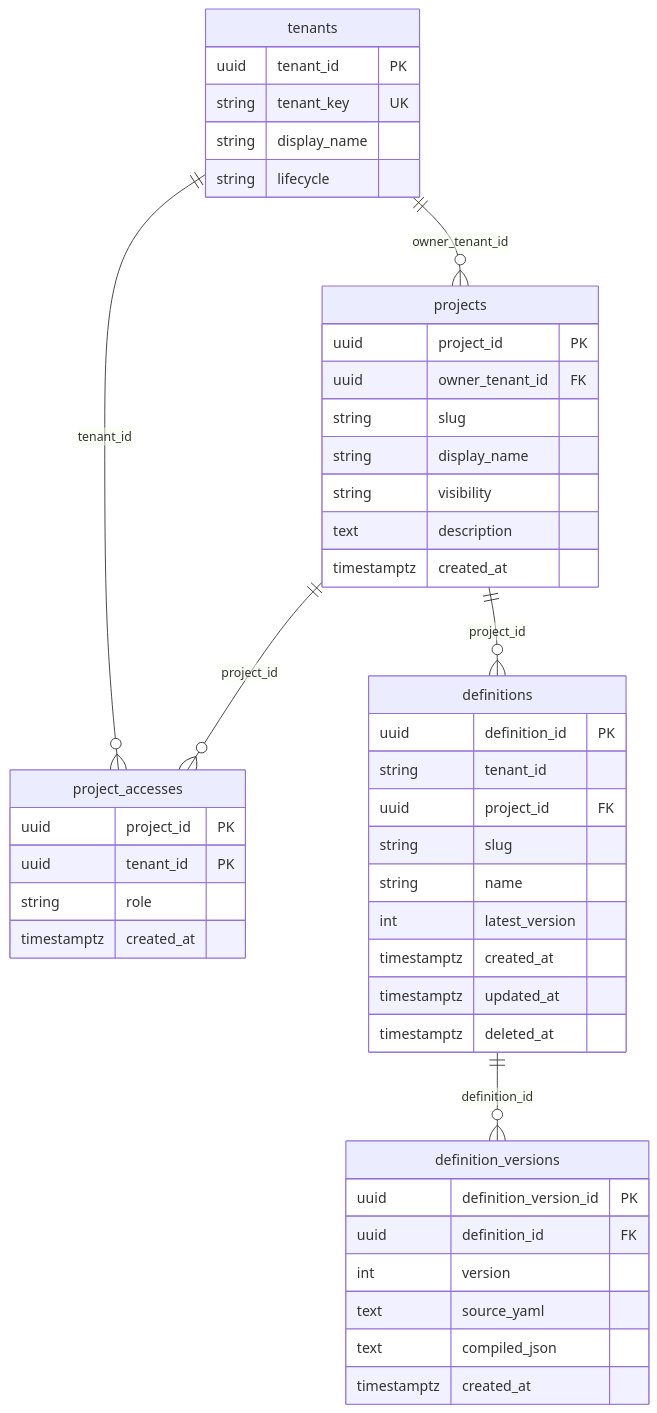
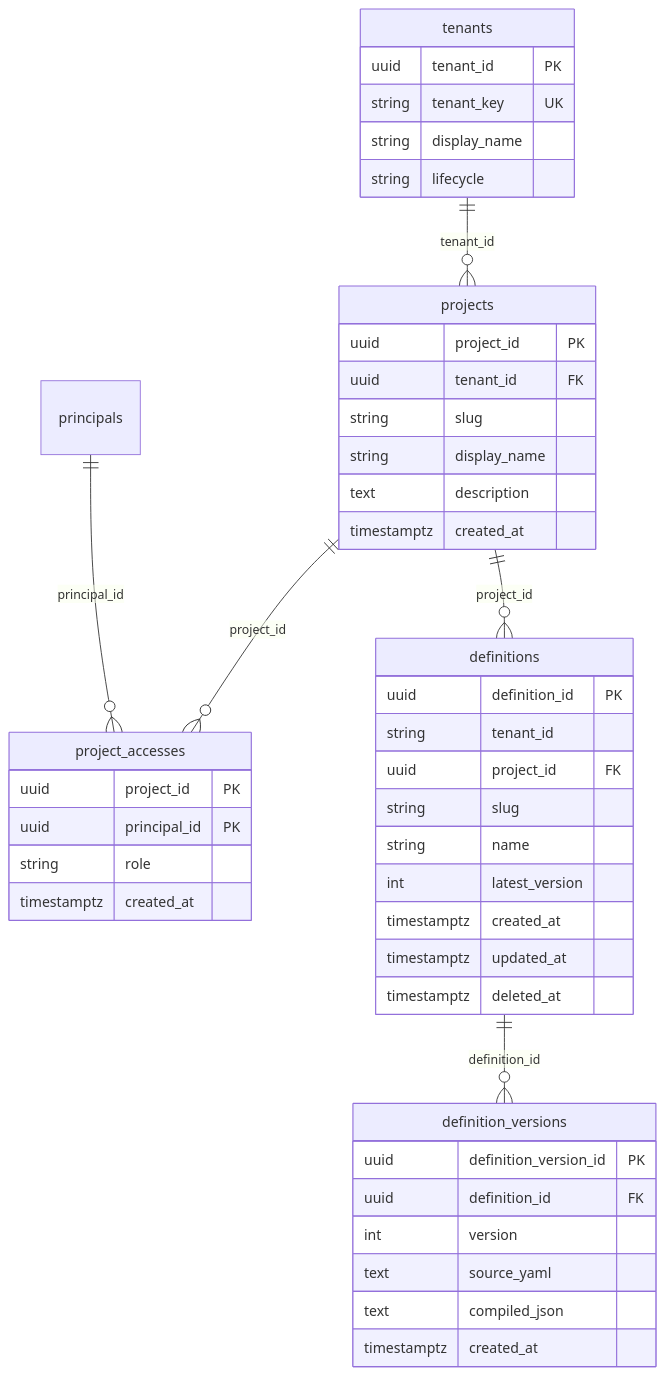
One commit to statevia/statevia changed the third of 5 diagrams in docs/reference/database-schema.md. Above: the diagram before and after it, drawn with Mermaid. The commit also changed other lines of this file and 12 other files, not shown here.

Commit message:
Project の公開契約を Principal 所属と実行リソース許可に揃える。定義グラフと実行状態の閲覧も許可の外を拒否し、Project API は Principal 無しを通さない。

````diff
--- a/docs/reference/database-schema.md
+++ b/docs/reference/database-schema.md
@@ -876,53 +875,52 @@
 ```mermaid
 erDiagram
-  tenants ||--o{ projects : "owner_tenant_id"
-  tenants ||--o{ project_accesses : "tenant_id"
+  tenants ||--o{ projects : "tenant_id"
+  principals ||--o{ project_accesses : "principal_id"
   projects ||--o{ project_accesses : "project_id"
   projects ||--o{ definitions : "project_id"
   definitions ||--o{ definition_versions : "definition_id"
 
   tenants {
     uuid tenant_id PK
     string tenant_key UK
     string display_name
     string lifecycle
   }
 
   projects {
     uuid project_id PK
-    uuid owner_tenant_id FK
+    uuid tenant_id FK
     string slug
     string display_name
-    string visibility
     text description
     timestamptz created_at
   }
 
   project_accesses {
     uuid project_id PK
-    uuid tenant_id PK
+    uuid principal_id PK
     string role
     timestamptz created_at
   }
 
   definitions {
     uuid definition_id PK
     string tenant_id
     uuid project_id FK
     string slug
     string name
     int latest_version
     timestamptz created_at
     timestamptz updated_at
     timestamptz deleted_at
   }
 
   definition_versions {
     uuid definition_version_id PK
     uuid definition_id FK
     int version
     text source_yaml
     text compiled_json
     timestamptz created_at
   }
 ```
````
